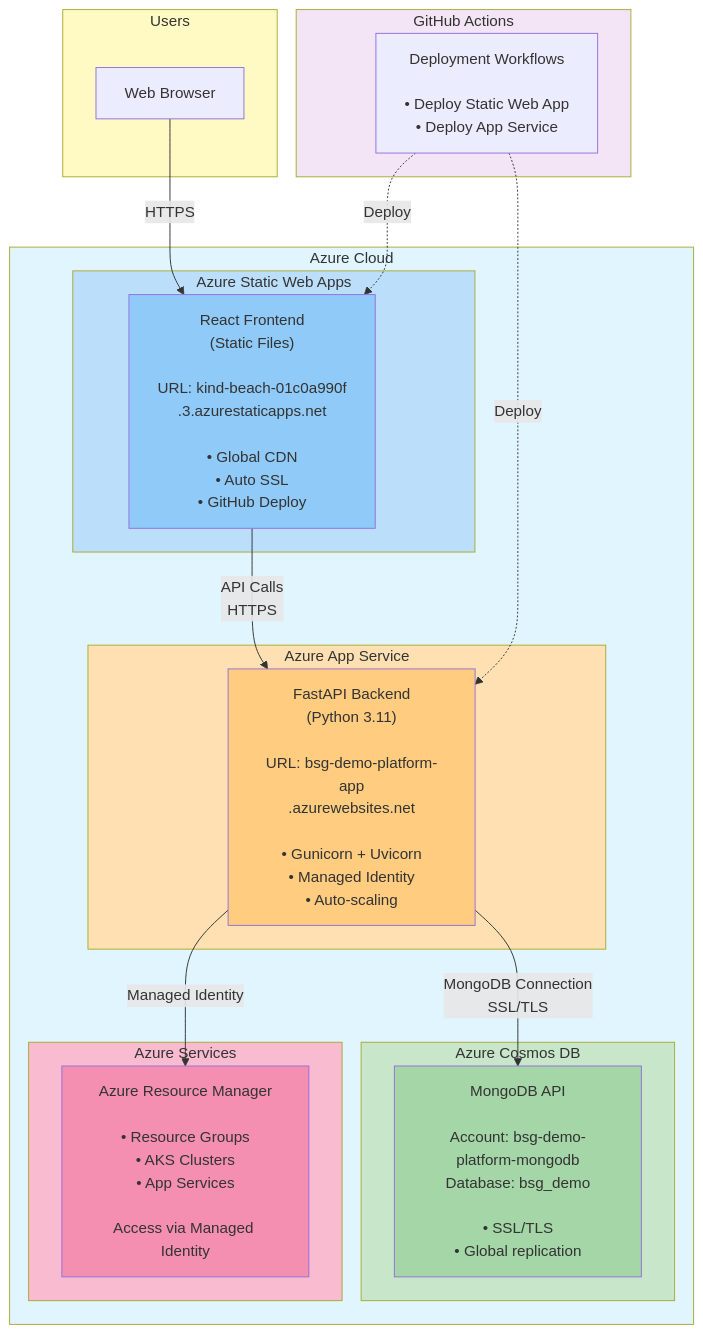
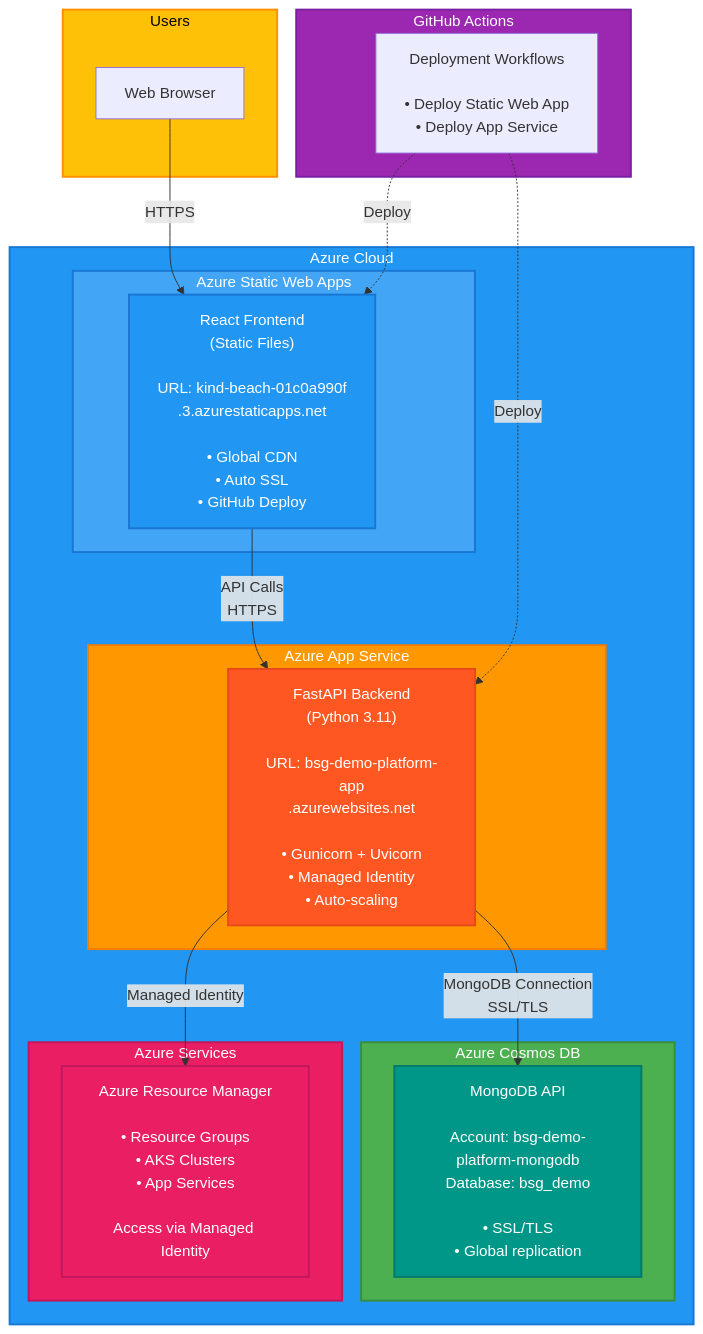
Before and after one commit to sergey1tovstogan/bsg-demo-platform: the third of 3 diagrams in docs/ARCHITECTURE.md, drawn with Mermaid. The commit also changed other lines of this file, not shown here.

Commit message:
docs: Update Mermaid diagram colors to be more visible with darker, high-contrast colors

````diff
--- a/docs/ARCHITECTURE.md
+++ b/docs/ARCHITECTURE.md
@@ -266,47 +266,47 @@
 ```mermaid
 graph TB
     subgraph User["Users"]
         Browser["Web Browser"]
     end
     
     subgraph Azure["Azure Cloud"]
         subgraph FrontendService["Azure Static Web Apps"]
             StaticWebApp["React Frontend<br/>(Static Files)<br/><br/>URL: kind-beach-01c0a990f<br/>.3.azurestaticapps.net<br/><br/>• Global CDN<br/>• Auto SSL<br/>• GitHub Deploy"]
         end
         
         subgraph BackendService["Azure App Service"]
             AppService["FastAPI Backend<br/>(Python 3.11)<br/><br/>URL: bsg-demo-platform-app<br/>.azurewebsites.net<br/><br/>• Gunicorn + Uvicorn<br/>• Managed Identity<br/>• Auto-scaling"]
         end
         
         subgraph Database["Azure Cosmos DB"]
             CosmosDB["MongoDB API<br/><br/>Account: bsg-demo-platform-mongodb<br/>Database: bsg_demo<br/><br/>• SSL/TLS<br/>• Global replication"]
         end
         
         subgraph AzureServices["Azure Services"]
             ResourceManager["Azure Resource Manager<br/><br/>• Resource Groups<br/>• AKS Clusters<br/>• App Services<br/><br/>Access via Managed Identity"]
         end
     end
     
     subgraph CI["GitHub Actions"]
         Workflow["Deployment Workflows<br/><br/>• Deploy Static Web App<br/>• Deploy App Service"]
     end
     
     Browser -->|HTTPS| StaticWebApp
     StaticWebApp -->|API Calls<br/>HTTPS| AppService
     AppService -->|MongoDB Connection<br/>SSL/TLS| CosmosDB
     AppService -->|Managed Identity| ResourceManager
     Workflow -.->|Deploy| StaticWebApp
     Workflow -.->|Deploy| AppService
     
-    style User fill:#fff9c4
-    style Azure fill:#e1f5fe
-    style FrontendService fill:#bbdefb
-    style BackendService fill:#ffe0b2
-    style Database fill:#c8e6c9
-    style AzureServices fill:#f8bbd0
-    style CI fill:#f3e5f5
-    style StaticWebApp fill:#90caf9
-    style AppService fill:#ffcc80
-    style CosmosDB fill:#a5d6a7
-    style ResourceManager fill:#f48fb1
+    style User fill:#FFC107,stroke:#FF8F00,stroke-width:2px,color:#000
+    style Azure fill:#2196F3,stroke:#1976D2,stroke-width:2px,color:#fff
+    style FrontendService fill:#42A5F5,stroke:#1976D2,stroke-width:2px,color:#fff
+    style BackendService fill:#FF9800,stroke:#F57C00,stroke-width:2px,color:#fff
+    style Database fill:#4CAF50,stroke:#388E3C,stroke-width:2px,color:#fff
+    style AzureServices fill:#E91E63,stroke:#C2185B,stroke-width:2px,color:#fff
+    style CI fill:#9C27B0,stroke:#7B1FA2,stroke-width:2px,color:#fff
+    style StaticWebApp fill:#2196F3,stroke:#1976D2,stroke-width:2px,color:#fff
+    style AppService fill:#FF5722,stroke:#E64A19,stroke-width:2px,color:#fff
+    style CosmosDB fill:#009688,stroke:#00796B,stroke-width:2px,color:#fff
+    style ResourceManager fill:#E91E63,stroke:#C2185B,stroke-width:2px,color:#fff
 ```
````
